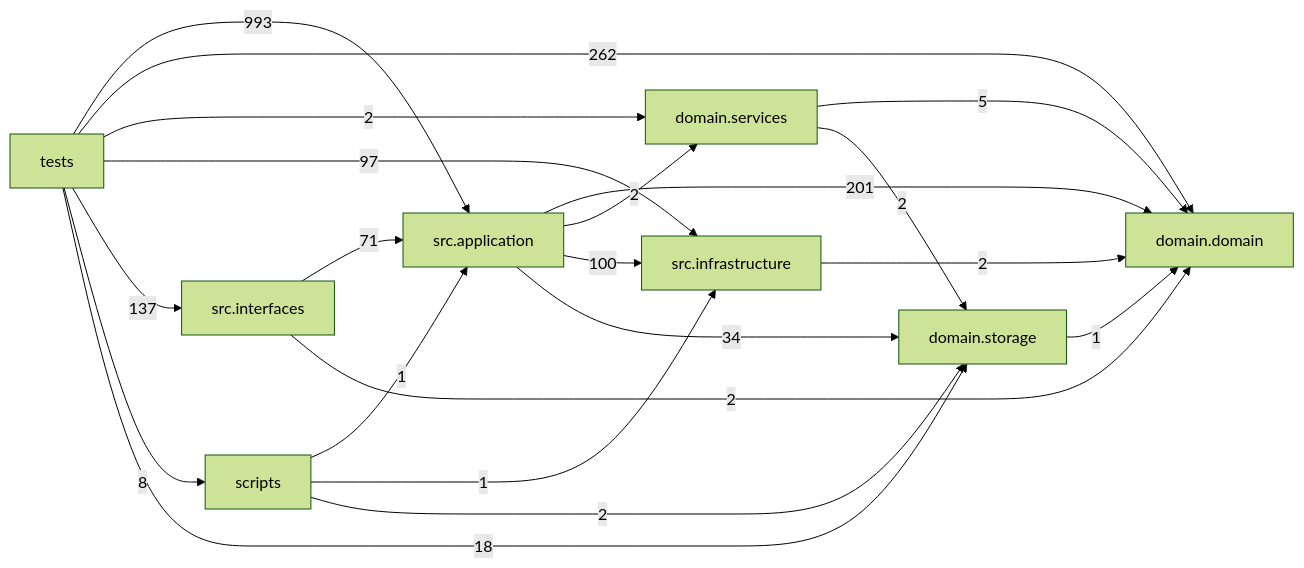
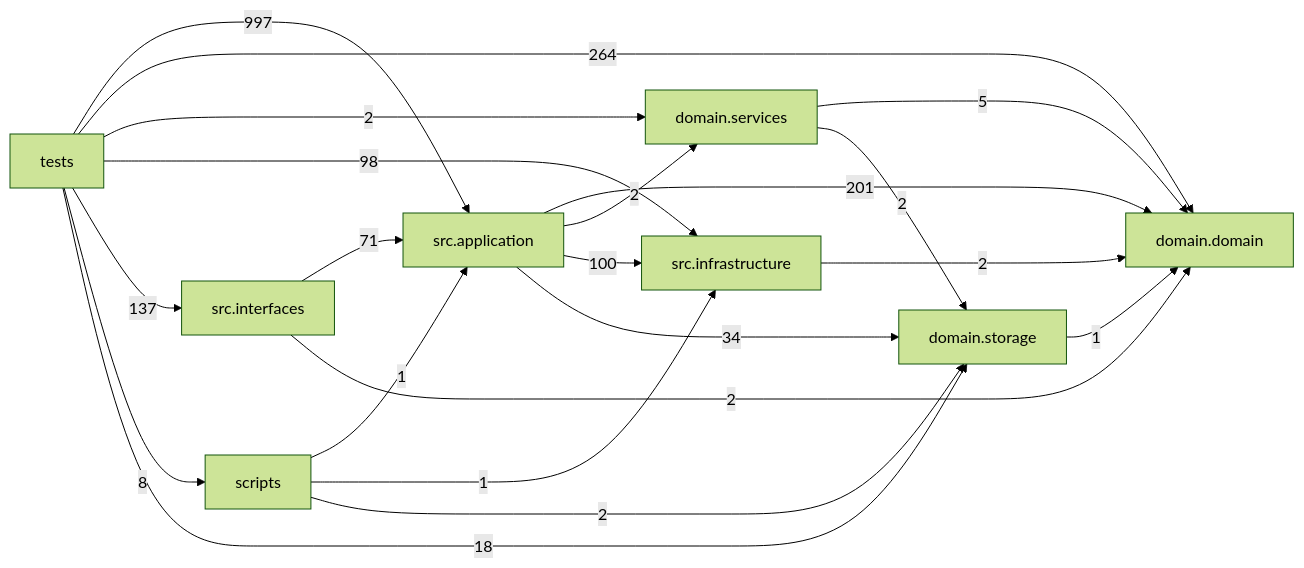
The diagram in docs/DEPENDENCY_GRAPH.md (liuxie066/options-monitor), drawn with Mermaid (forest theme) before and after one commit. The commit also changed other lines of this file and 21 other files, not shown here.

````diff
--- a/docs/DEPENDENCY_GRAPH.md
+++ b/docs/DEPENDENCY_GRAPH.md
@@ -24,31 +24,31 @@
 ```mermaid
 flowchart LR
   tests["tests"]
   scripts["scripts"]
   interfaces["src.interfaces"]
   application["src.application"]
   infrastructure["src.infrastructure"]
   domain_services["domain.services"]
   domain["domain.domain"]
   storage["domain.storage"]
   application -->|201| domain
   application -->|2| domain_services
   application -->|100| infrastructure
   application -->|34| storage
   domain_services -->|5| domain
   domain_services -->|2| storage
   infrastructure -->|2| domain
   interfaces -->|71| application
   interfaces -->|2| domain
   scripts -->|1| application
   scripts -->|1| infrastructure
   scripts -->|2| storage
   storage -->|1| domain
-  tests -->|993| application
-  tests -->|262| domain
+  tests -->|997| application
+  tests -->|264| domain
   tests -->|2| domain_services
-  tests -->|97| infrastructure
+  tests -->|98| infrastructure
   tests -->|137| interfaces
   tests -->|8| scripts
   tests -->|18| storage
 ```
````
